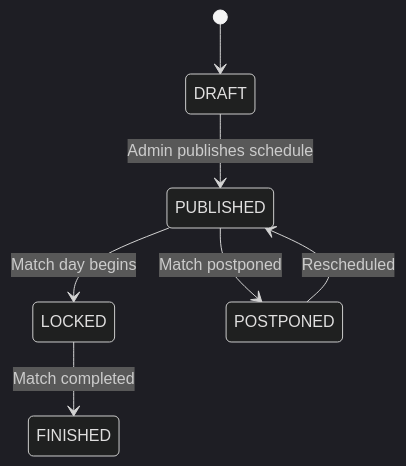
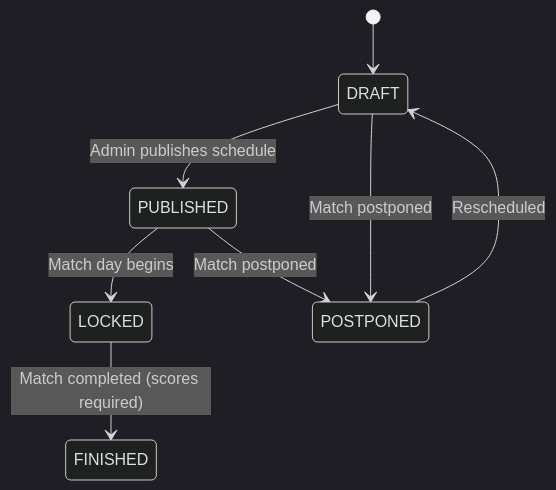
One commit to daithang-organization/SE104_VLEAGUE changed the first of 3 diagrams in .agent/skills/business-rules/SKILL.md. Above: the diagram before and after it, drawn with Mermaid (dark theme). The commit also changed other lines of this file and 5 other files, not shown here.

````diff
--- a/.agent/skills/business-rules/SKILL.md
+++ b/.agent/skills/business-rules/SKILL.md
@@ -55,9 +71,10 @@
 ```mermaid
 stateDiagram-v2
     [*] --> DRAFT
     DRAFT --> PUBLISHED: Admin publishes schedule
+    DRAFT --> POSTPONED: Match postponed
     PUBLISHED --> LOCKED: Match day begins
-    LOCKED --> FINISHED: Match completed
     PUBLISHED --> POSTPONED: Match postponed
-    POSTPONED --> PUBLISHED: Rescheduled
+    LOCKED --> FINISHED: Match completed (scores required)
+    POSTPONED --> DRAFT: Rescheduled
 ```
````
